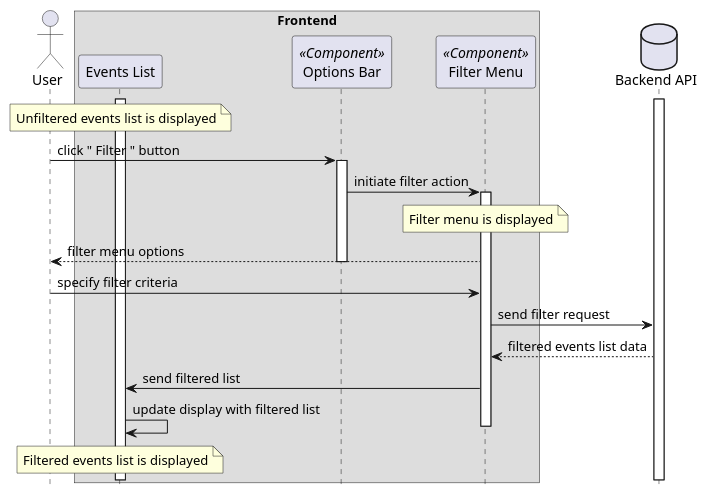
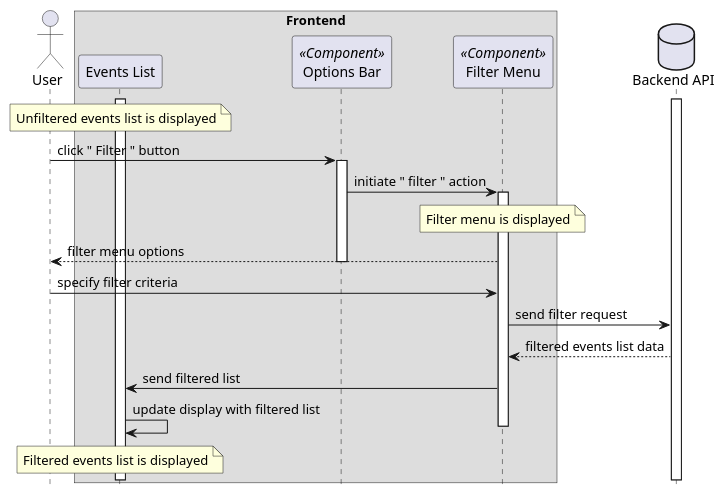
One commit to Modern-MISP/frontend changed the diagram in docs/sequencediagrams/plantuml/filter_events.plantuml. Above: the diagram before and after it, drawn with PlantUML. The commit also changed 1 other file, not shown here.

Commit message:
updated 2 sequence diagrams

```diff
--- a/docs/sequencediagrams/plantuml/filter_events.plantuml
+++ b/docs/sequencediagrams/plantuml/filter_events.plantuml
@@ -1,40 +1,40 @@
 @startuml "Filter Events"
 hide footbox
 
 actor User as user
 box "Frontend"
 participant "Events List" as eventlist
 participant "Options Bar" as topmenu <<Component>>
 participant "Filter Menu" as filter <<Component>>
 end box
 database "Backend API" as api
 
 activate api
 
 activate eventlist
 note over eventlist : Unfiltered events list is displayed
 
 user -> topmenu: click " Filter " button
 activate topmenu
 
-topmenu -> filter: initiate filter action
+topmenu -> filter: initiate " filter " action
 activate filter
 note over filter: Filter menu is displayed
 
 filter --> user: filter menu options
 deactivate topmenu
 
 user -> filter: specify filter criteria
 
 filter -> api: send filter request
 
 api --> filter: filtered events list data
 
 filter -> eventlist: send filtered list
 
 eventlist-> eventlist: update display with filtered list
 deactivate filter
 
 note over eventlist : Filtered events list is displayed
 
 @enduml
```
